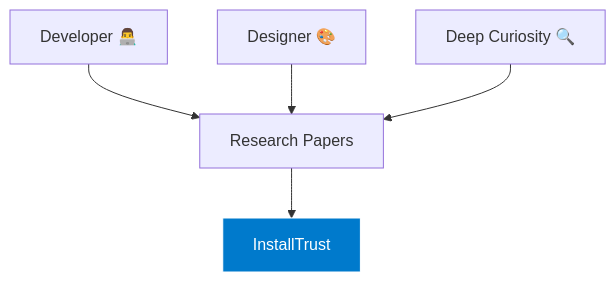
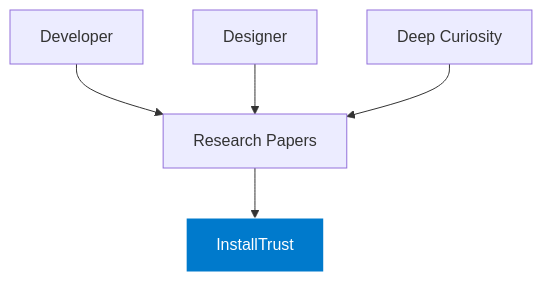
The first of 7 diagrams in talks/2025-09-29-installtrust/slides.md (gunta/talks), drawn with Mermaid before and after one commit. The commit also changed other lines of this file, not shown here.

````diff
--- a/talks/2025-09-29-installtrust/slides.md
+++ b/talks/2025-09-29-installtrust/slides.md
@@ -73,8 +73,8 @@
 ```mermaid {scale: 0.8}
 graph TD
-    A[Developer 👨‍💻] --> D[Research Papers]
-    B[Designer 🎨] --> D
-    C[Deep Curiosity 🔍] --> D
+    A[Developer] --> D[Research Papers]
+    B[Designer] --> D
+    C[Deep Curiosity] --> D
     D --> E[InstallTrust]
     style E fill:#007ACC,stroke:#fff,color:#fff
 ```
````
